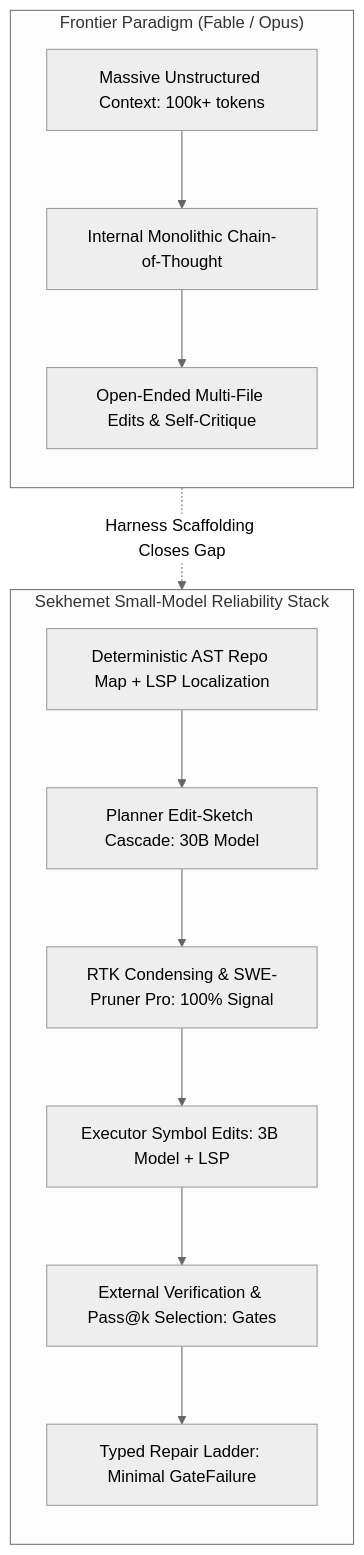
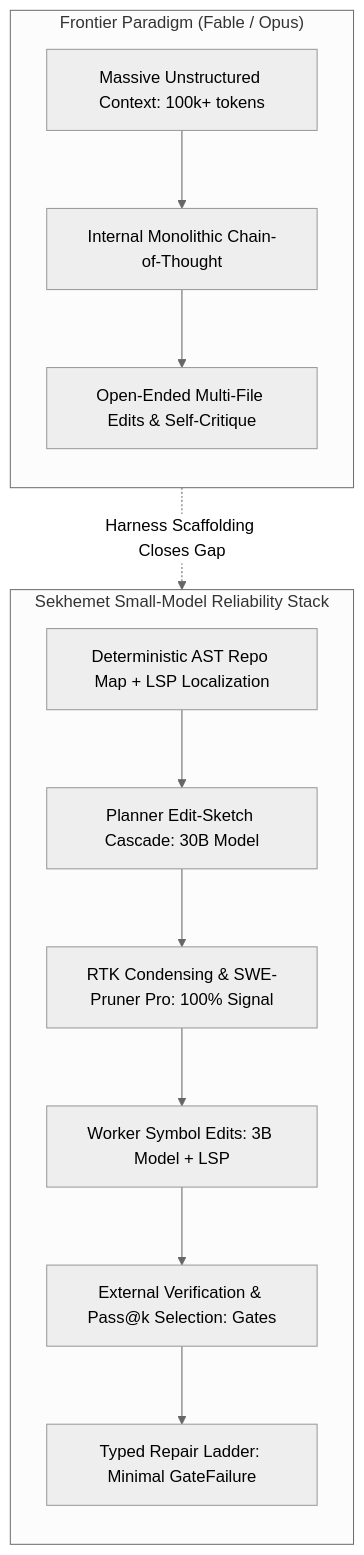
The third of 9 diagrams in docs/design/HARNESS_DESIGN.md (brennansk1/sekhemet), drawn with Mermaid (neutral theme) before and after one commit. The commit also changed other lines of this file, not shown here.

````diff
--- a/docs/design/HARNESS_DESIGN.md
+++ b/docs/design/HARNESS_DESIGN.md
@@ -496,19 +583,19 @@
 ```mermaid
 flowchart TD
   subgraph FrontierModel["Frontier Paradigm (Fable / Opus)"]
     direction TB
     F1[Massive Unstructured Context: 100k+ tokens] --> F2[Internal Monolithic Chain-of-Thought]
     F2 --> F3[Open-Ended Multi-File Edits & Self-Critique]
   end
 
   subgraph Sekhemet["Sekhemet Small-Model Reliability Stack"]
     direction TB
     S1[Deterministic AST Repo Map + LSP Localization] --> S2[Planner Edit-Sketch Cascade: 30B Model]
     S2 --> S3[RTK Condensing & SWE-Pruner Pro: 100% Signal]
-    S3 --> S4[Executor Symbol Edits: 3B Model + LSP]
+    S3 --> S4[Worker Symbol Edits: 3B Model + LSP]
     S4 --> S5[External Verification & Pass@k Selection: Gates]
     S5 --> S6[Typed Repair Ladder: Minimal GateFailure]
   end
 
   FrontierModel -.->|Harness Scaffolding Closes Gap| Sekhemet
 ```
````
